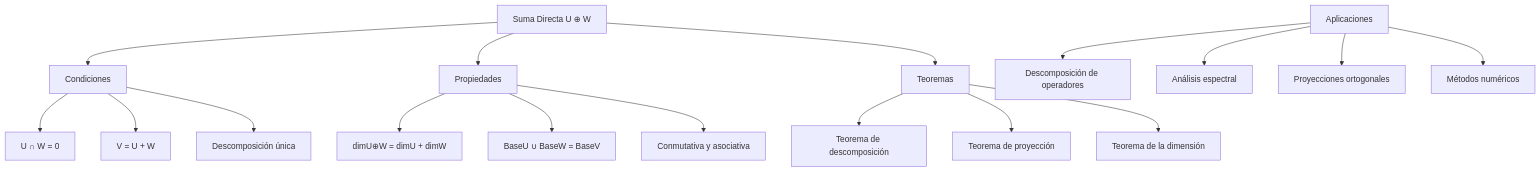
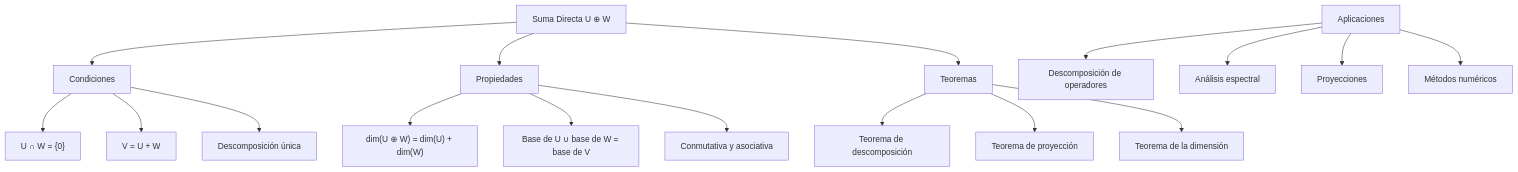
Before and after one commit to djaimej/computer-science-template: the second of 2 diagrams in public/documents/semester-3/1/3116.md, drawn with Mermaid. The commit also changed other lines of this file and 34 other files, not shown here.

````diff
--- a/public/documents/semester-3/1/3116.md
+++ b/public/documents/semester-3/1/3116.md
@@ -511,27 +223,27 @@
 ```mermaid
 graph TD
     A[Suma Directa U ⊕ W] --> B[Condiciones]
     A --> C[Propiedades]
     A --> D[Teoremas]
 
-    B --> E[U ∩ W = 0]
+    B --> E["U ∩ W = {0}"]
     B --> F[V = U + W]
     B --> G[Descomposición única]
 
-    C --> H[dimU⊕W = dimU + dimW]
-    C --> I[BaseU ∪ BaseW = BaseV]
+    C --> H["dim(U ⊕ W) = dim(U) + dim(W)"]
+    C --> I["Base de U ∪ base de W = base de V"]
     C --> J[Conmutativa y asociativa]
 
     D --> K[Teorema de descomposición]
     D --> L[Teorema de proyección]
     D --> M[Teorema de la dimensión]
 
     N[Aplicaciones] --> O[Descomposición de operadores]
     N --> P[Análisis espectral]
-    N --> Q[Proyecciones ortogonales]
+    N --> Q[Proyecciones]
     N --> R[Métodos numéricos]
 
     E:::orange
     H:::dandelion
     K:::inchworm
 ```
````
